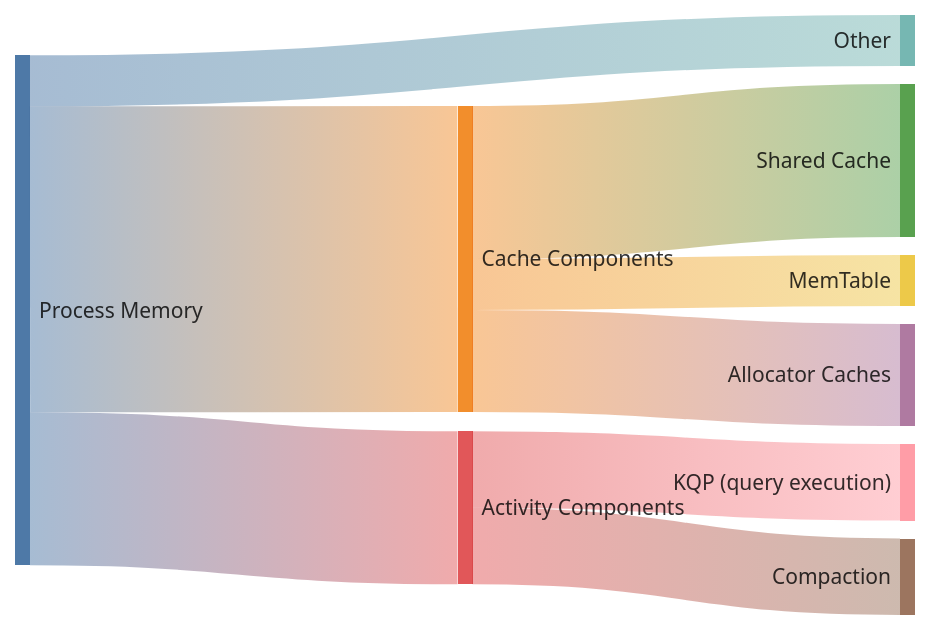
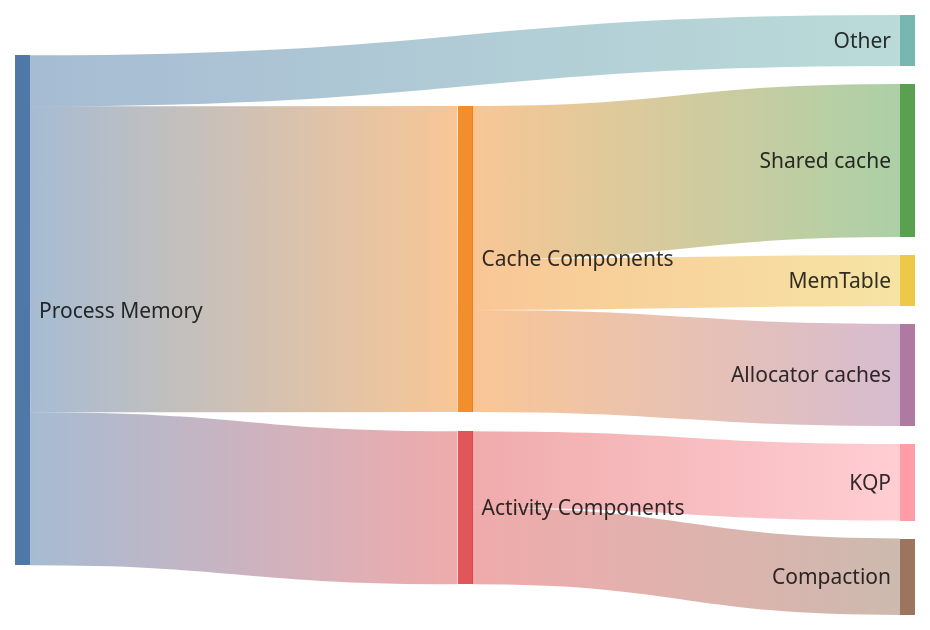
Before and after one commit to ydb-platform/ydb: the diagram in ydb/docs/en/core/reference/configuration/memory_controller_config.md, drawn with Mermaid. The commit also changed 1 other file, not shown here.

Commit message:
Fix some namings

````diff
--- a/ydb/docs/en/core/reference/configuration/memory_controller_config.md
+++ b/ydb/docs/en/core/reference/configuration/memory_controller_config.md
@@ -16,19 +16,19 @@
 ```mermaid
 ---
 config:
   sankey:
     showValues: false
 ---
 sankey-beta
 
 Process Memory,Cache Components,60
 Process Memory,Activity Components, 30
 Process Memory,Other,10
 
-Cache Components,Shared Cache, 30
+Cache Components,Shared cache, 30
 Cache Components,MemTable, 10
-Cache Components,Allocator Caches, 20
+Cache Components,Allocator caches, 20
 
-Activity Components,"KQP (query execution)", 15
+Activity Components,"KQP", 15
 Activity Components,Compaction, 15
 ```
````
